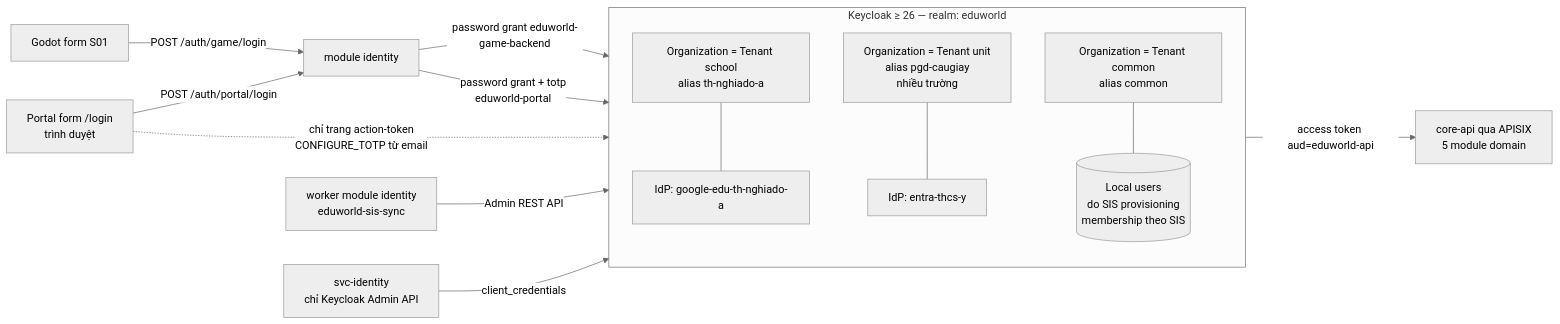
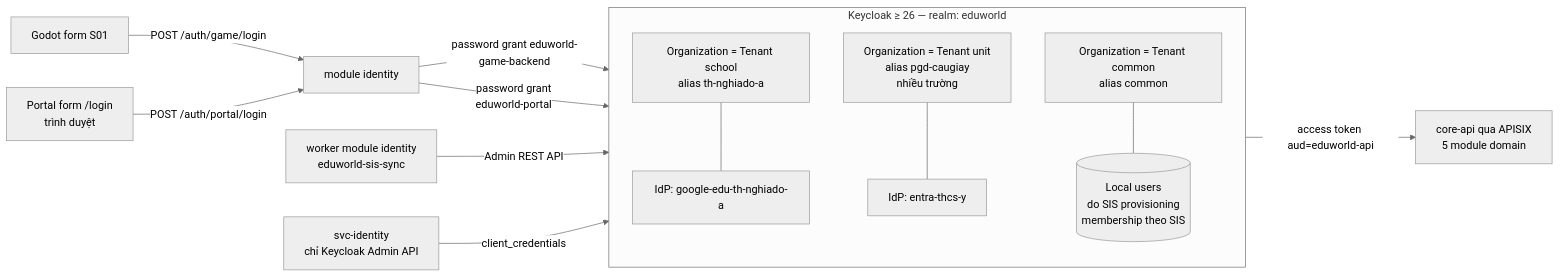
One commit to tanguyen2020/eduworld-platform changed the first of 3 diagrams in docs/09-identity/KEYCLOAK_SSO.md. Above: the diagram before and after it, drawn with Mermaid (neutral theme). The commit also changed other lines of this file and 242 other files, not shown here.

First line of the commit message:
feat(identity): remove MFA (TOTP) from the Admin Portal login (ADR-0094)

````diff
--- a/docs/09-identity/KEYCLOAK_SSO.md
+++ b/docs/09-identity/KEYCLOAK_SSO.md
@@ -20,22 +20,21 @@
 ```mermaid
 flowchart LR
   subgraph KC["Keycloak ≥ 26 — realm: eduworld"]
     orgA[Organization = Tenant school\nalias th-nghiado-a]
     orgB[Organization = Tenant unit\nalias pgd-caugiay\nnhiều trường]
     orgC[Organization = Tenant common\nalias common]
     local[(Local users\n do SIS provisioning\n membership theo SIS)]
     idpG["IdP: google-edu-th-nghiado-a"]
     idpM["IdP: entra-thcs-y"]
   end
   orgA --- idpG
   orgB --- idpM
   orgC --- local
   godot[Godot form S01] -->|POST /auth/game/login| ids[module identity]
   ids -->|password grant eduworld-game-backend| KC
   portal[Portal form /login\ntrình duyệt] -->|POST /auth/portal/login| ids
-  ids -->|password grant + totp\neduworld-portal| KC
-  portal -.->|chỉ trang action-token\nCONFIGURE_TOTP từ email| KC
+  ids -->|password grant\neduworld-portal| KC
   KC -->|access token aud=eduworld-api| api[core-api qua APISIX\n5 module domain]
   sync[worker module identity\n eduworld-sis-sync] -->|Admin REST API| KC
   svc[svc-identity\nchỉ Keycloak Admin API] -->|client_credentials| KC
 ```
````
